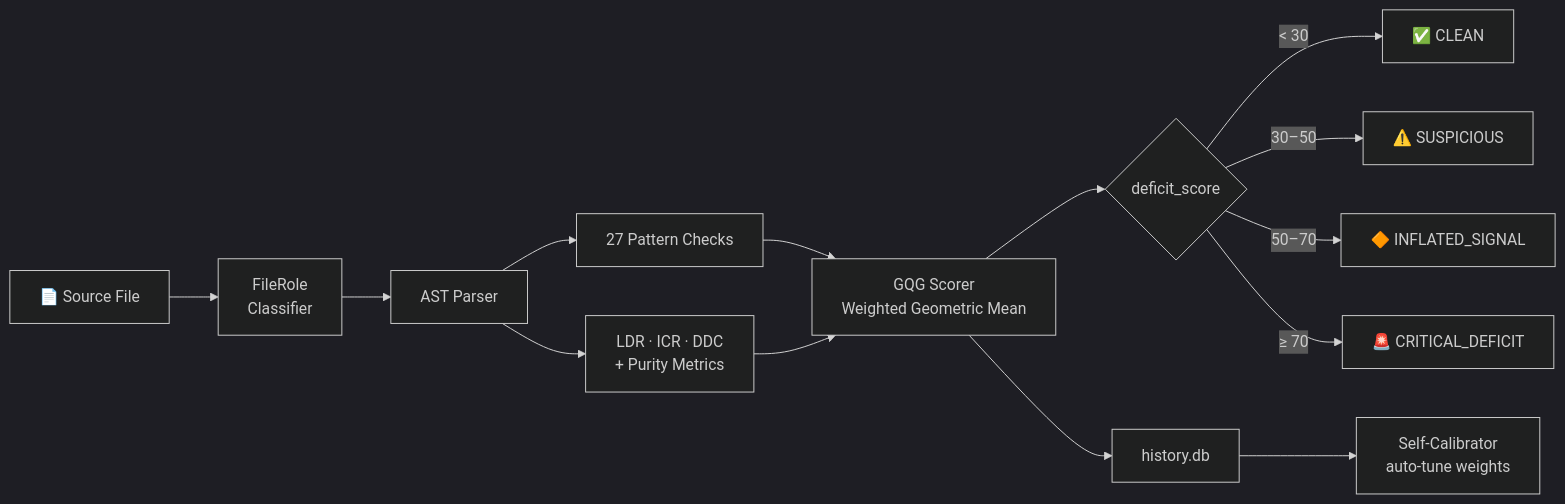
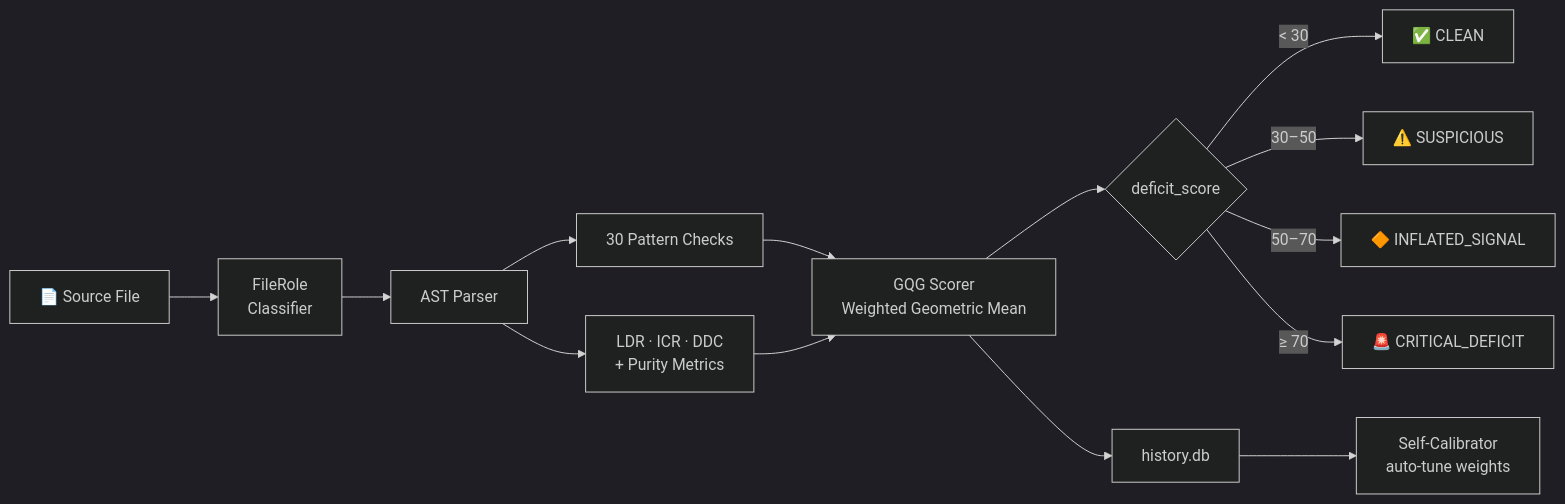
The diagram in README.md (flamehaven01/AI-SLOP-Detector), drawn with Mermaid (dark theme) before and after one commit. The commit also changed other lines of this file and 9 other files, not shown here.

````diff
--- a/README.md
+++ b/README.md
@@ -276,16 +276,16 @@
 ```mermaid
 flowchart LR
     A[📄 Source File] --> R[FileRole\nClassifier]
     R --> B[AST Parser]
-    B --> C[27 Pattern Checks]
+    B --> C[30 Pattern Checks]
     B --> D[LDR · ICR · DDC\n+ Purity Metrics]
     C --> E[GQG Scorer\nWeighted Geometric Mean]
     D --> E
     E --> F{deficit_score}
     F -->|< 30| G[✅ CLEAN]
     F -->|30–50| H[⚠️ SUSPICIOUS]
     F -->|50–70| I[🔶 INFLATED_SIGNAL]
     F -->|≥ 70| J[🚨 CRITICAL_DEFICIT]
     E --> H2[history.db]
     H2 --> K[Self-Calibrator\nauto-tune weights]
 ```
````
